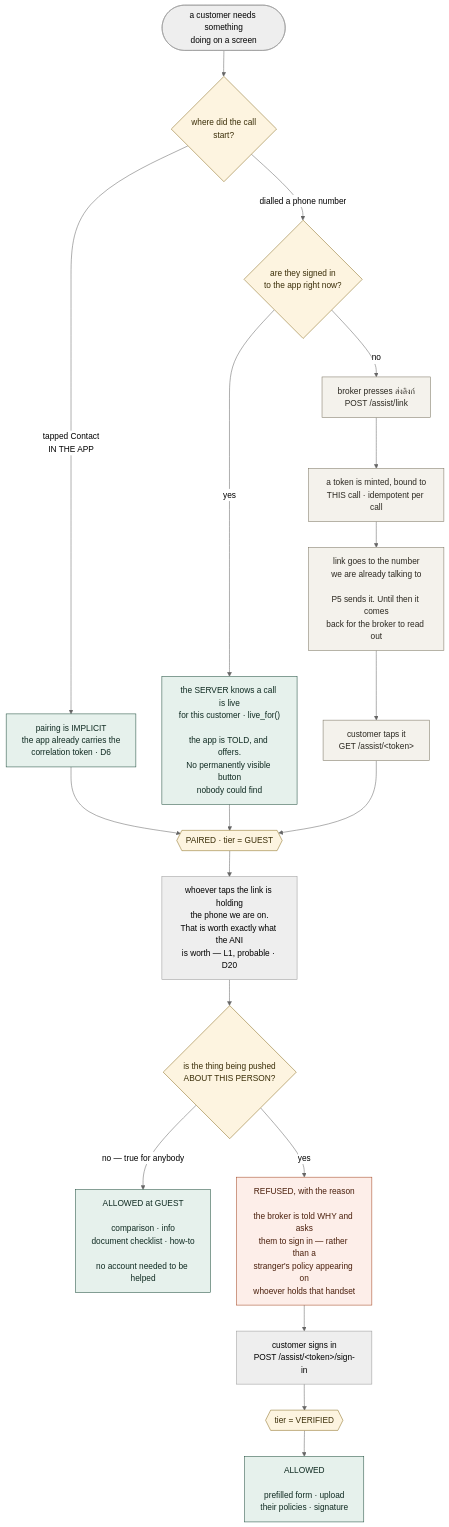
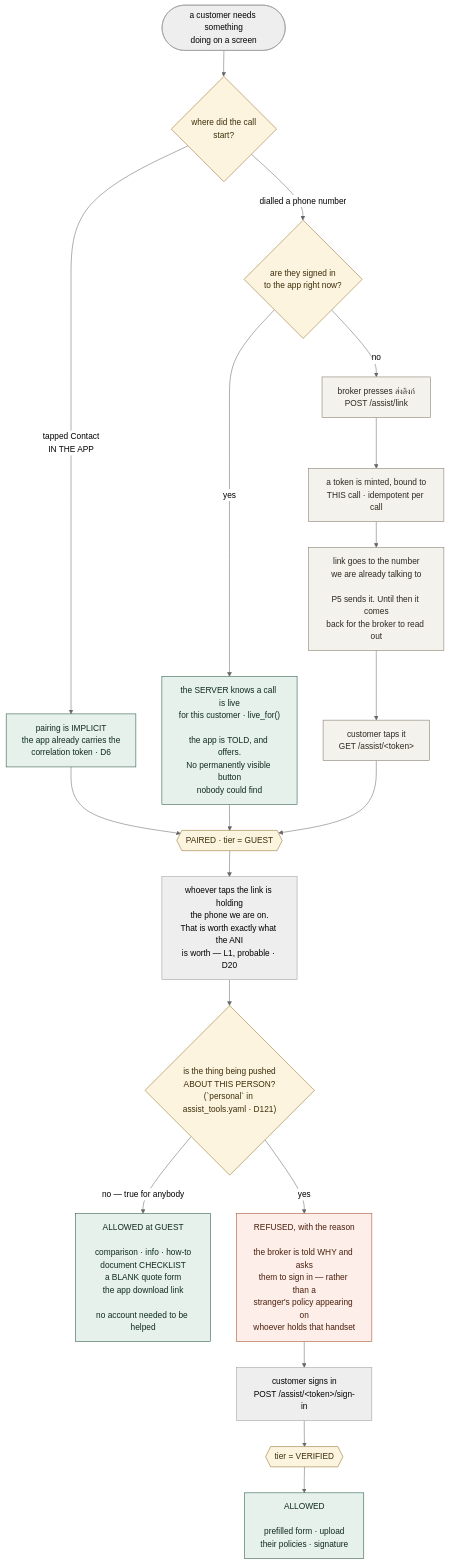
Before and after one commit to anakom-suvonvorn/Krungsri-ReadyCall: the diagram in docs/diagrams/src/assist_pairing.mmd, drawn with Mermaid (neutral theme). The commit also changed 25 other files, not shown here.

```diff
--- a/docs/diagrams/src/assist_pairing.mmd
+++ b/docs/diagrams/src/assist_pairing.mmd
@@ -1,39 +1,43 @@
-%% HANDWRITTEN. Checked against D120 + services/assist/service.py + api/routers/assist.py
+%% HANDWRITTEN. Checked against D120 + D121 + services/assist/service.py + api/routers/assist.py
 %% The three ways a call and a screen become bound, and the ONE gate between them.
+%% NOTE 2026-09-08: this diagram was already RIGHT before D121 — it drew the gate as
+%% "is this about this person?" while the code gated on the push's KIND. The drawing
+%% described the intended rule and the implementation did not, which is the opposite of
+%% the usual drift and is why D121 reads as a correction rather than a redesign.
 flowchart TB
     START(["a customer needs something<br/>doing on a screen"]) --> Q1{"where did the call<br/>start?"}
 
     Q1 -->|"tapped Contact<br/>IN THE APP"| A1["pairing is IMPLICIT<br/>the app already carries the<br/>correlation token · D6"]
     Q1 -->|"dialled a phone number"| A2{"are they signed in<br/>to the app right now?"}
 
     A2 -->|"no"| L1["broker presses ส่งลิงก์<br/>POST /assist/link"]
     A2 -->|"yes"| N1["the SERVER knows a call is live<br/>for this customer · live_for()<br/><br/>the app is TOLD, and offers.<br/>No permanently visible button<br/>nobody could find"]
 
     L1 --> L2["a token is minted, bound to<br/>THIS call · idempotent per call"]
     L2 --> L3["link goes to the number<br/>we are already talking to<br/><br/>P5 sends it. Until then it comes<br/>back for the broker to read out"]
     L3 --> L4["customer taps it<br/>GET /assist/&lt;token&gt;"]
 
     A1 --> PAIRED
     N1 --> PAIRED
     L4 --> PAIRED{{"PAIRED · tier = GUEST"}}
 
     PAIRED --> G["whoever taps the link is holding<br/>the phone we are on.<br/>That is worth exactly what the ANI<br/>is worth — L1, probable · D20"]
 
-    G --> GATE{"is the thing being pushed<br/>ABOUT THIS PERSON?"}
-    GATE -->|"no — true for anybody"| OK1["ALLOWED at GUEST<br/><br/>comparison · info<br/>document checklist · how-to<br/><br/>no account needed to be helped"]
+    G --> GATE{"is the thing being pushed<br/>ABOUT THIS PERSON?<br/>(`personal` in assist_tools.yaml · D121)"}
+    GATE -->|"no — true for anybody"| OK1["ALLOWED at GUEST<br/><br/>comparison · info · how-to<br/>document CHECKLIST<br/>a BLANK quote form<br/>the app download link<br/><br/>no account needed to be helped"]
     GATE -->|"yes"| DENY["REFUSED, with the reason<br/><br/>the broker is told WHY and asks<br/>them to sign in — rather than a<br/>stranger's policy appearing on<br/>whoever holds that handset"]
 
     DENY --> SIGNIN["customer signs in<br/>POST /assist/&lt;token&gt;/sign-in"]
     SIGNIN --> V{{"tier = VERIFIED"}}
     V --> OK2["ALLOWED<br/><br/>prefilled form · upload<br/>their policies · signature"]
 
     classDef implicit fill:#e6f1ec,stroke:#1f4d3d,color:#0f2a21
     classDef link fill:#f4f2ec,stroke:#7a7360,color:#2b2820
     classDef gate fill:#fdf4e0,stroke:#8a6d1f,color:#3a2e08
     classDef deny fill:#fdeee9,stroke:#a2431f,color:#4a1f0c
     classDef ok fill:#e6f1ec,stroke:#1f4d3d,color:#0f2a21
     class A1,N1 implicit
     class L1,L2,L3,L4 link
     class GATE,Q1,A2,PAIRED,V gate
     class DENY deny
     class OK1,OK2 ok
```
